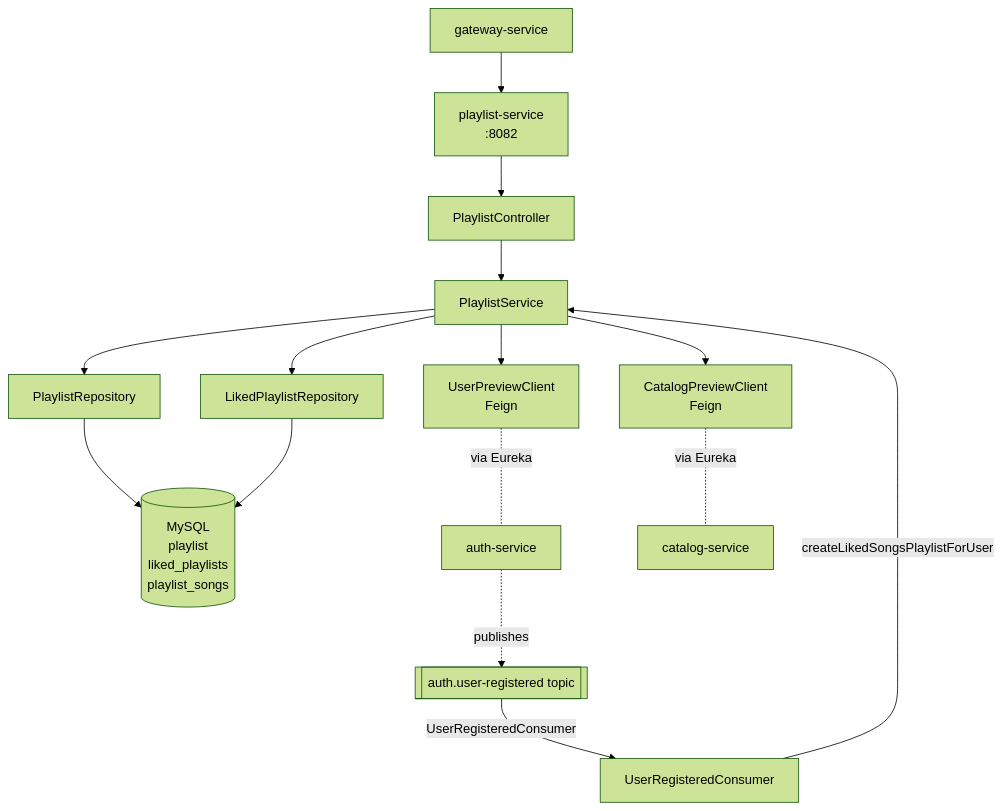
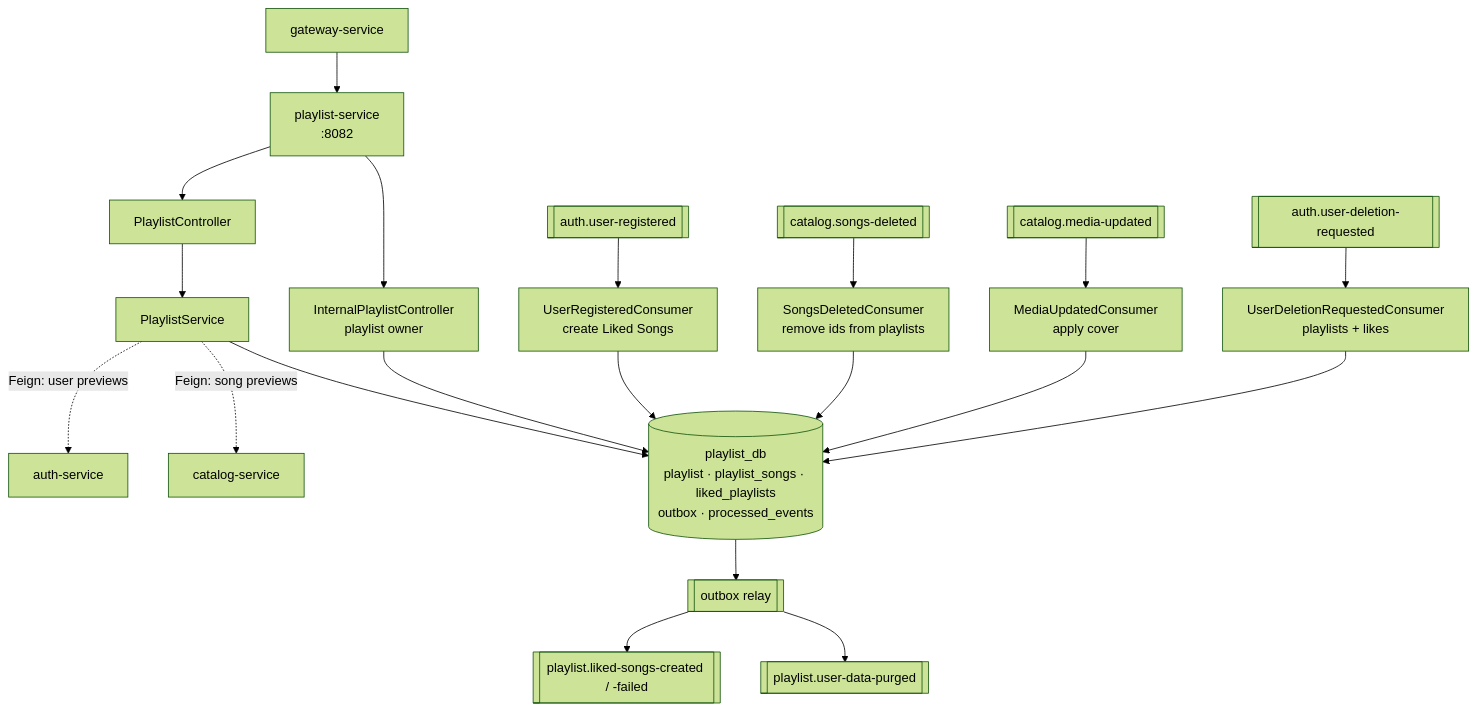
One commit to harshithrao07/cadence changed the first of 4 diagrams in playlist-service/README.md. Above: the diagram before and after it, drawn with Mermaid (forest theme). The commit also changed 5 other files, not shown here.

First line of the commit message:
docs: document database-per-service architecture and sagas

````diff
--- a/playlist-service/README.md
+++ b/playlist-service/README.md
@@ -16,24 +16,22 @@
 ```mermaid
 flowchart TB
     gw[gateway-service] --> playlist[playlist-service<br/>:8082]
 
     playlist --> pc[PlaylistController]
+    playlist --> ipc[InternalPlaylistController<br/>playlist owner]
     pc --> ps[PlaylistService]
 
-    ps --> pr[PlaylistRepository]
-    ps --> lpr[LikedPlaylistRepository]
-    ps --> upc[UserPreviewClient<br/>Feign]
-    ps --> cpc[CatalogPreviewClient<br/>Feign]
+    ps -.->|Feign: user previews| auth[auth-service]
+    ps -.->|Feign: song previews| catalog[catalog-service]
 
-    pr --> mysql[(MySQL<br/>playlist<br/>liked_playlists<br/>playlist_songs)]
-    lpr --> mysql
+    ps & ipc --> db[(playlist_db<br/>playlist · playlist_songs · liked_playlists<br/>outbox · processed_events)]
 
-    upc -.via Eureka.- auth[auth-service]
-    cpc -.via Eureka.- catalog[catalog-service]
+    in1[[auth.user-registered]] --> reg[UserRegisteredConsumer<br/>create Liked Songs] --> db
+    in2[[catalog.songs-deleted]] --> sd[SongsDeletedConsumer<br/>remove ids from playlists] --> db
+    in3[[catalog.media-updated]] --> cover[MediaUpdatedConsumer<br/>apply cover] --> db
+    in4[[auth.user-deletion-requested]] --> purge[UserDeletionRequestedConsumer<br/>playlists + likes] --> db
 
-    kafka[[auth.user-registered topic]]
-    kafka -->|UserRegisteredConsumer| ucc[UserRegisteredConsumer]
-    ucc -->|createLikedSongsPlaylistForUser| ps
-
-    auth -.publishes.-> kafka
+    db --> relay[[outbox relay]]
+    relay --> out1[[playlist.liked-songs-created / -failed]]
+    relay --> out2[[playlist.user-data-purged]]
 ```
````
